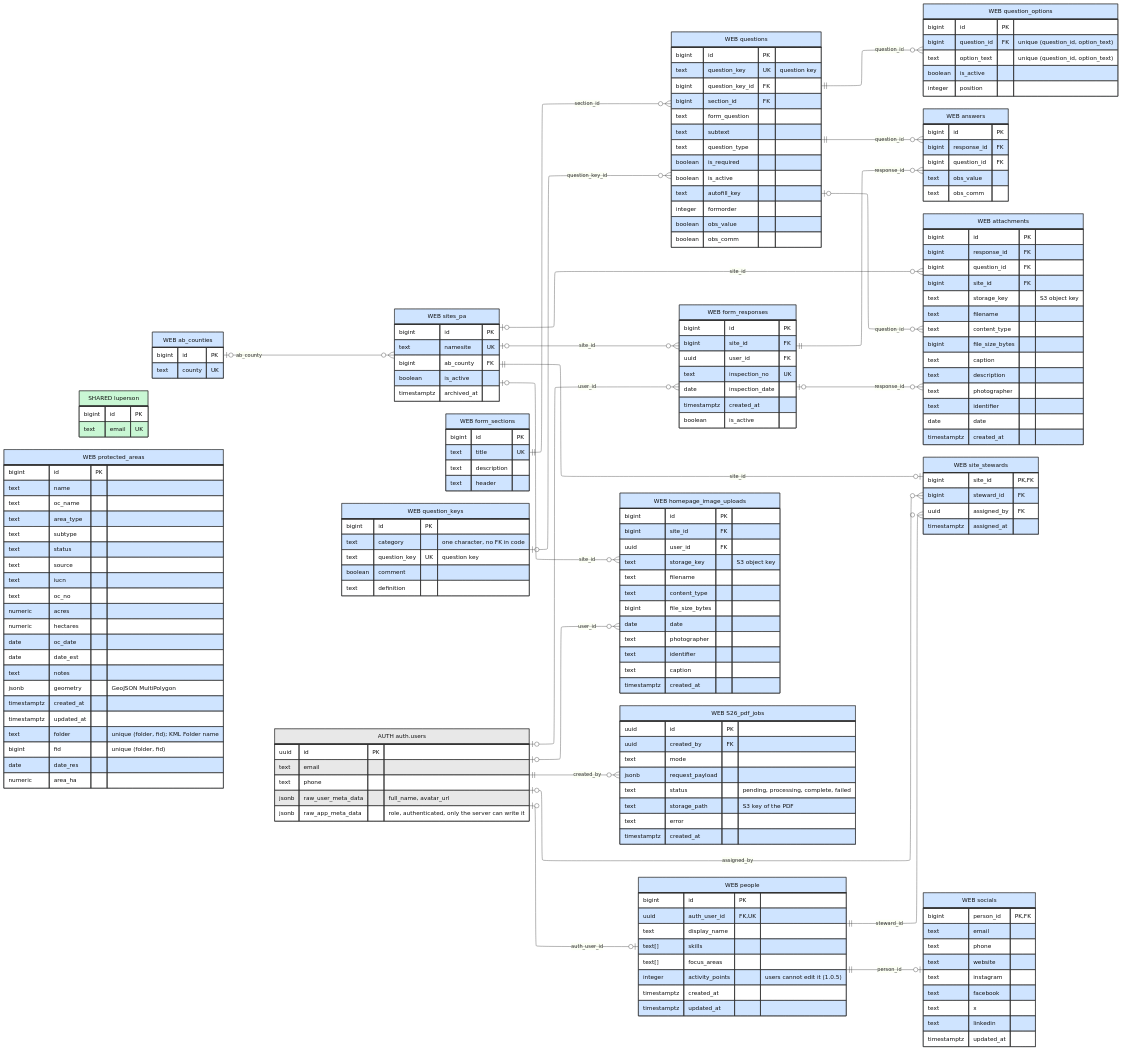
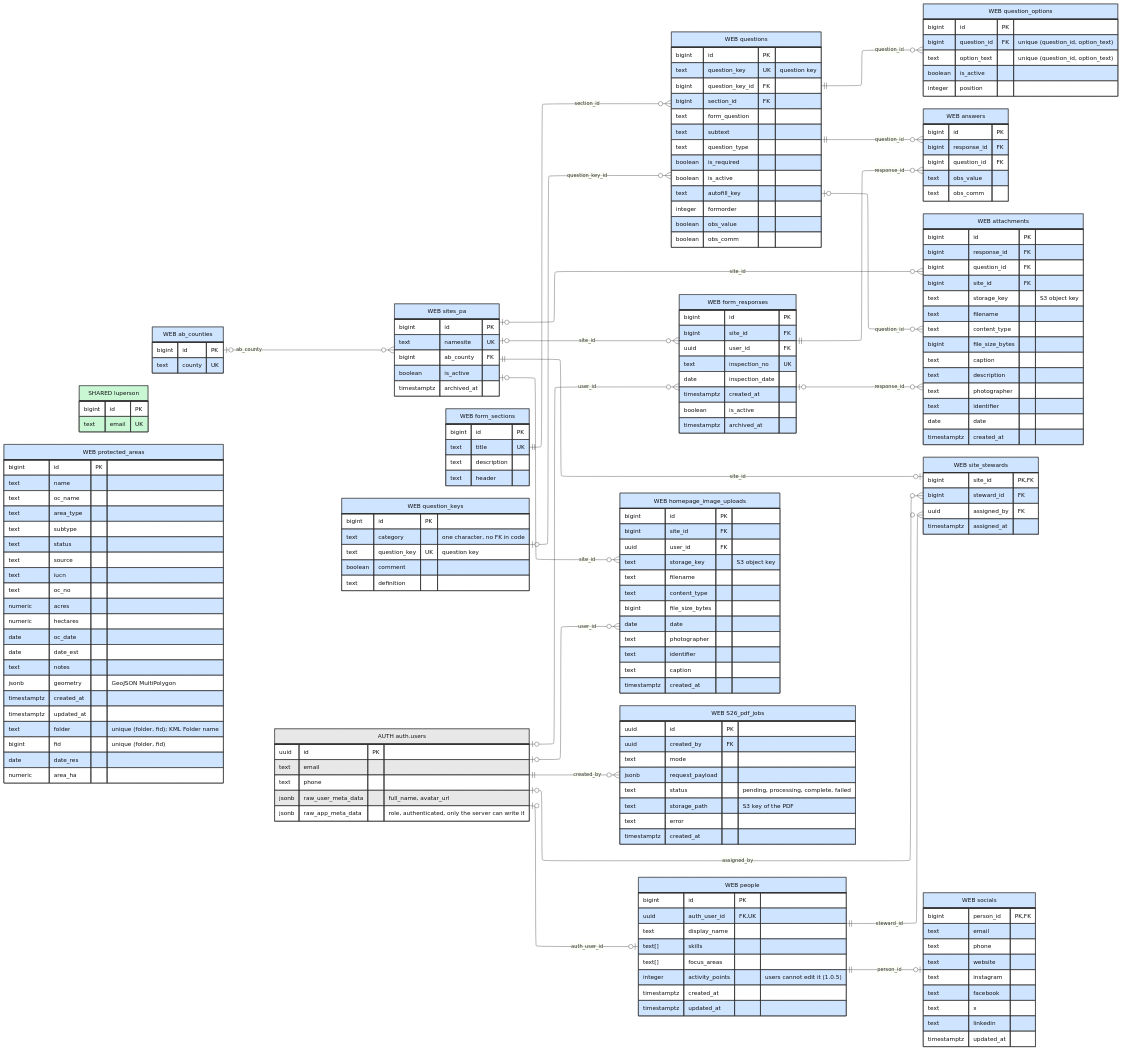
Before and after one commit to SAPAA-Dev/W26Project-SAPAA-Dev-Team: the diagram in docs/assets/ER_Diagram.mmd, drawn with Mermaid. The commit also changed 33 other files, not shown here.

```diff
--- a/docs/assets/ER_Diagram.mmd
+++ b/docs/assets/ER_Diagram.mmd
@@ -107,6 +107,7 @@
         date inspection_date
         timestamptz created_at
         boolean is_active
+        timestamptz archived_at
     }
 
     answers["WEB answers"] {
```
